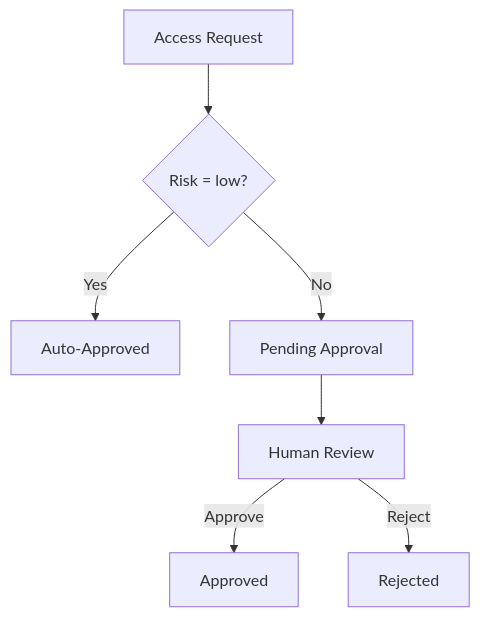
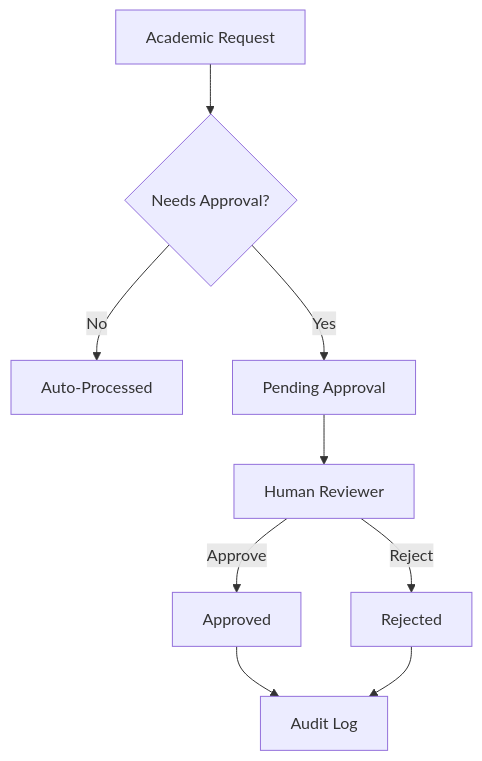
The second of 3 diagrams in docs/ARCHITECTURE.md (ivanlinscosta/tool-automation-fiap), drawn with Mermaid before and after one commit. The commit also changed other lines of this file and 92 other files, not shown here.

````diff
--- a/docs/ARCHITECTURE.md
+++ b/docs/ARCHITECTURE.md
@@ -17,9 +18,11 @@
 ```mermaid
 graph TD
-    Request[Access Request] --> Check{Risk = low?}
-    Check -->|Yes| AutoApproved[Auto-Approved]
-    Check -->|No| Pending[Pending Approval]
-    Pending --> Human[Human Review]
+    Request[Academic Request] --> Critical{Needs Approval?}
+    Critical -->|No| AutoProcessed[Auto-Processed]
+    Critical -->|Yes| Pending[Pending Approval]
+    Pending --> Human[Human Reviewer]
     Human -->|Approve| Approved[Approved]
     Human -->|Reject| Rejected[Rejected]
+    Approved --> Audit[Audit Log]
+    Rejected --> Audit
 ```
````
